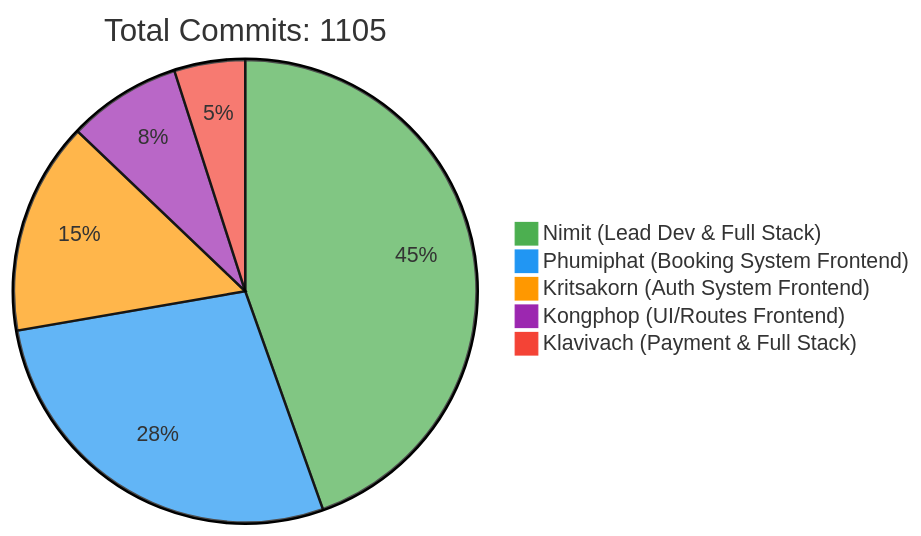
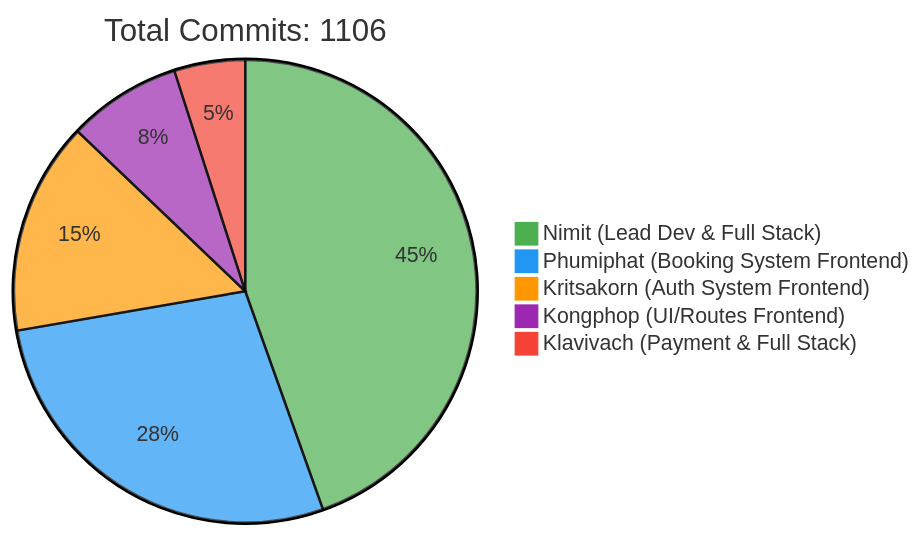
One commit to 6531503042/Sport-Complex changed the first of 2 diagrams in README.md. Above: the diagram before and after it, drawn with Mermaid. The commit also changed other lines of this file, not shown here.

Commit message:
docs: Update contributor statistics [skip ci]

````diff
--- a/README.md
+++ b/README.md
@@ -257,10 +257,10 @@
 ```mermaid
 %%{init: {'theme': 'base', 'themeVariables': { 'pie1': '#4CAF50', 'pie2': '#2196F3', 'pie3': '#FF9800', 'pie4': '#9C27B0', 'pie5': '#F44336'}}}%%
 pie
-    title Total Commits: 1105
+    title Total Commits: 1106
     "Nimit (Lead Dev & Full Stack)" : 450
     "Phumiphat (Booking System Frontend)" : 280
     "Kritsakorn (Auth System Frontend)" : 150
     "Kongphop (UI/Routes Frontend)" : 80
     "Klavivach (Payment & Full Stack)" : 50
 ```
````
